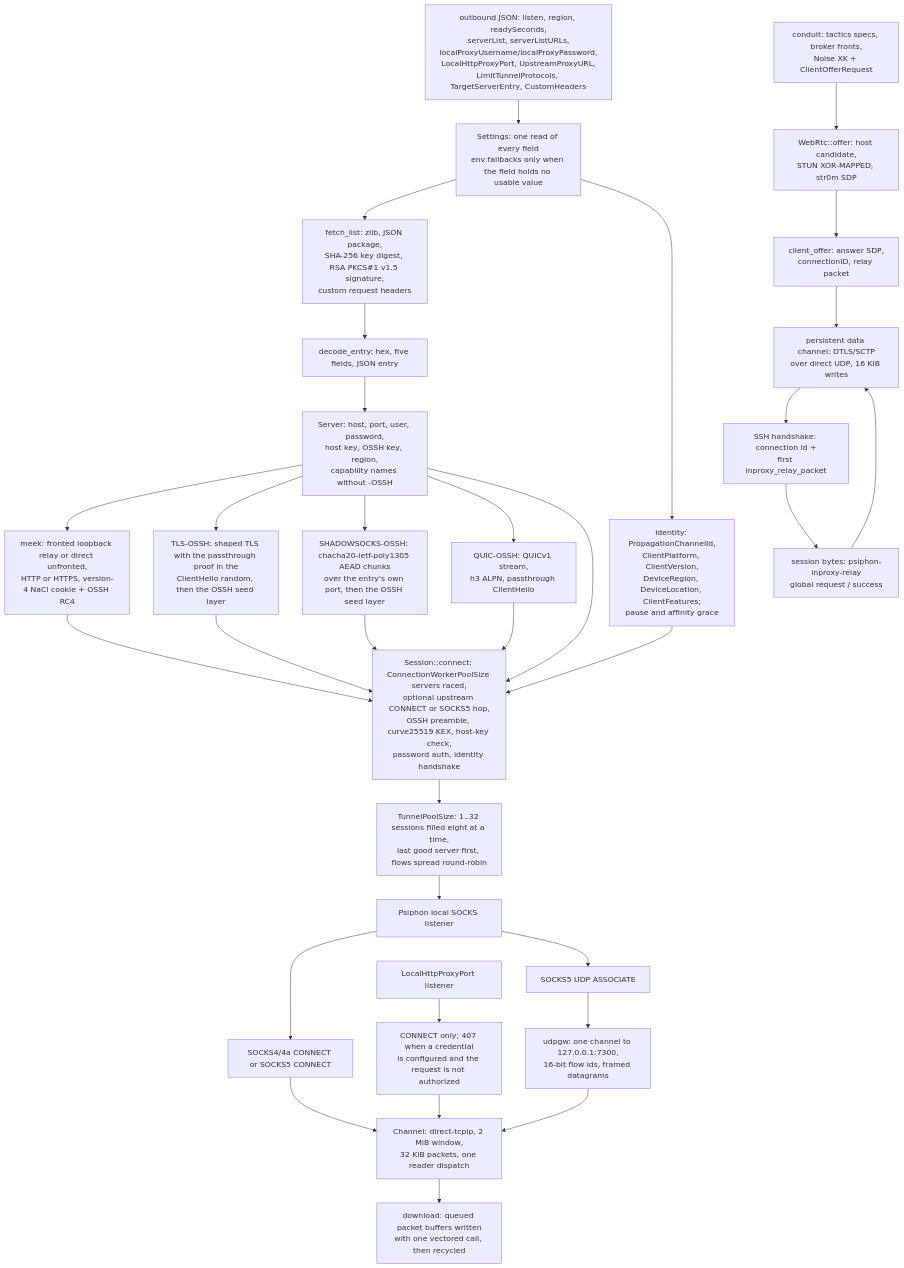
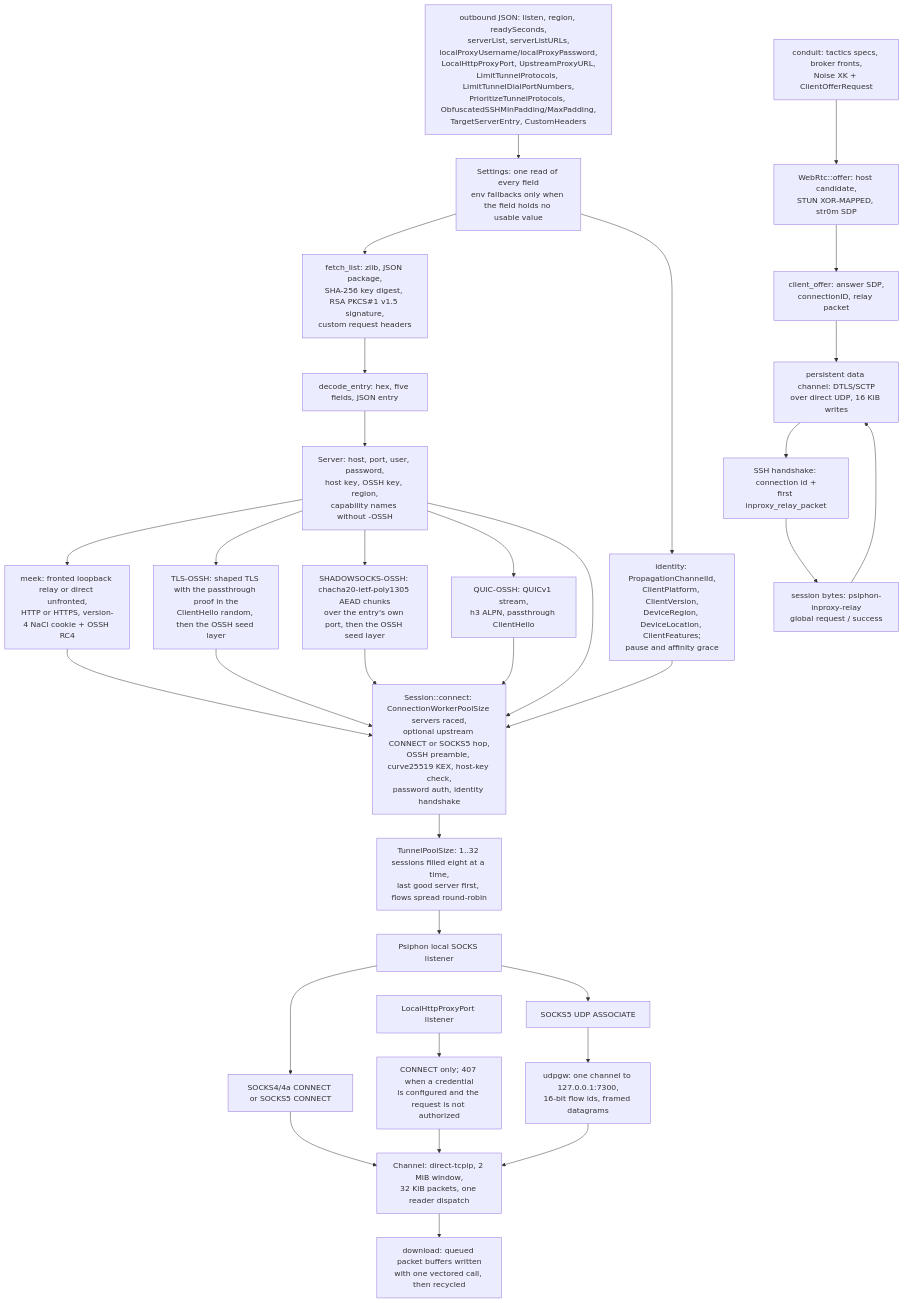
The diagram in docs/function/carrier-psiphon.md (Ferrocite/ferrox), drawn with Mermaid before and after one commit. The commit also changed other lines of this file and 3 other files, not shown here.

Commit message:
psiphon: honor dial port limits and OSSH padding

````diff
--- a/docs/function/carrier-psiphon.md
+++ b/docs/function/carrier-psiphon.md
@@ -7,34 +7,34 @@
 ```mermaid
 graph TD
-    A["outbound JSON: listen, region, readySeconds,<br/>serverList, serverListURLs,<br/>localProxyUsername/localProxyPassword,<br/>LocalHttpProxyPort, UpstreamProxyURL,<br/>LimitTunnelProtocols, TargetServerEntry, CustomHeaders"] --> B["Settings: one read of every field<br/>env fallbacks only when the field holds no usable value"]
+    A["outbound JSON: listen, region, readySeconds,<br/>serverList, serverListURLs,<br/>localProxyUsername/localProxyPassword,<br/>LocalHttpProxyPort, UpstreamProxyURL,<br/>LimitTunnelProtocols, LimitTunnelDialPortNumbers,<br/>PrioritizeTunnelProtocols, ObfuscatedSSHMinPadding/MaxPadding,<br/>TargetServerEntry, CustomHeaders"] --> B["Settings: one read of every field<br/>env fallbacks only when the field holds no usable value"]
     B --> C["fetch_list: zlib, JSON package,<br/>SHA-256 key digest, RSA PKCS#1 v1.5 signature,<br/>custom request headers"]
     B --> B2["identity: PropagationChannelId,<br/>ClientPlatform, ClientVersion,<br/>DeviceRegion, DeviceLocation, ClientFeatures;<br/>pause and affinity grace"]
     C --> D["decode_entry: hex, five fields, JSON entry"]
     D --> E["Server: host, port, user, password,<br/>host key, OSSH key, region,<br/>capability names without -OSSH"]
     E --> E2["meek: fronted loopback relay or direct unfronted,<br/>HTTP or HTTPS, version-4 NaCl cookie + OSSH RC4"]
     E --> E3["TLS-OSSH: shaped TLS with the passthrough proof in the<br/>ClientHello random, then the OSSH seed layer"]
     E --> E4["SHADOWSOCKS-OSSH: chacha20-ietf-poly1305 AEAD chunks<br/>over the entry's own port, then the OSSH seed layer"]
     E2 --> F
     E3 --> F
     E4 --> F
     E --> E5["QUIC-OSSH: QUICv1 stream,<br/>h3 ALPN, passthrough ClientHello"]
     E5 --> F
     E --> F["Session::connect: ConnectionWorkerPoolSize servers raced,<br/>optional upstream CONNECT or SOCKS5 hop,<br/>OSSH preamble, curve25519 KEX, host-key check,<br/>password auth, identity handshake"]
     B2 --> F
     F --> P["TunnelPoolSize: 1..32 sessions filled eight at a time,<br/>last good server first, flows spread round-robin"]
     P --> G["Psiphon local SOCKS listener"]
     G --> H["SOCKS4/4a CONNECT or SOCKS5 CONNECT"]
     H --> I["Channel: direct-tcpip, 2 MiB window,<br/>32 KiB packets, one reader dispatch"]
     I --> Z["download: queued packet buffers written<br/>with one vectored call, then recycled"]
     G --> J["SOCKS5 UDP ASSOCIATE"]
     J --> K["udpgw: one channel to 127.0.0.1:7300,<br/>16-bit flow ids, framed datagrams"]
     K --> I
     L["LocalHttpProxyPort listener"] --> M["CONNECT only; 407 when a credential<br/>is configured and the request is not authorized"]
     M --> I
     N["conduit: tactics specs, broker fronts,<br/>Noise XK + ClientOfferRequest"] --> O["WebRtc::offer: host candidate,<br/>STUN XOR-MAPPED, str0m SDP"]
     O --> Q["client_offer: answer SDP,<br/>connectionID, relay packet"]
     Q --> R["persistent data channel: DTLS/SCTP<br/>over direct UDP, 16 KiB writes"]
     R --> S["SSH handshake: connection id +<br/>first inproxy_relay_packet"]
     S --> T["session bytes: psiphon-inproxy-relay<br/>global request / success"]
     T --> R
 ```
````
